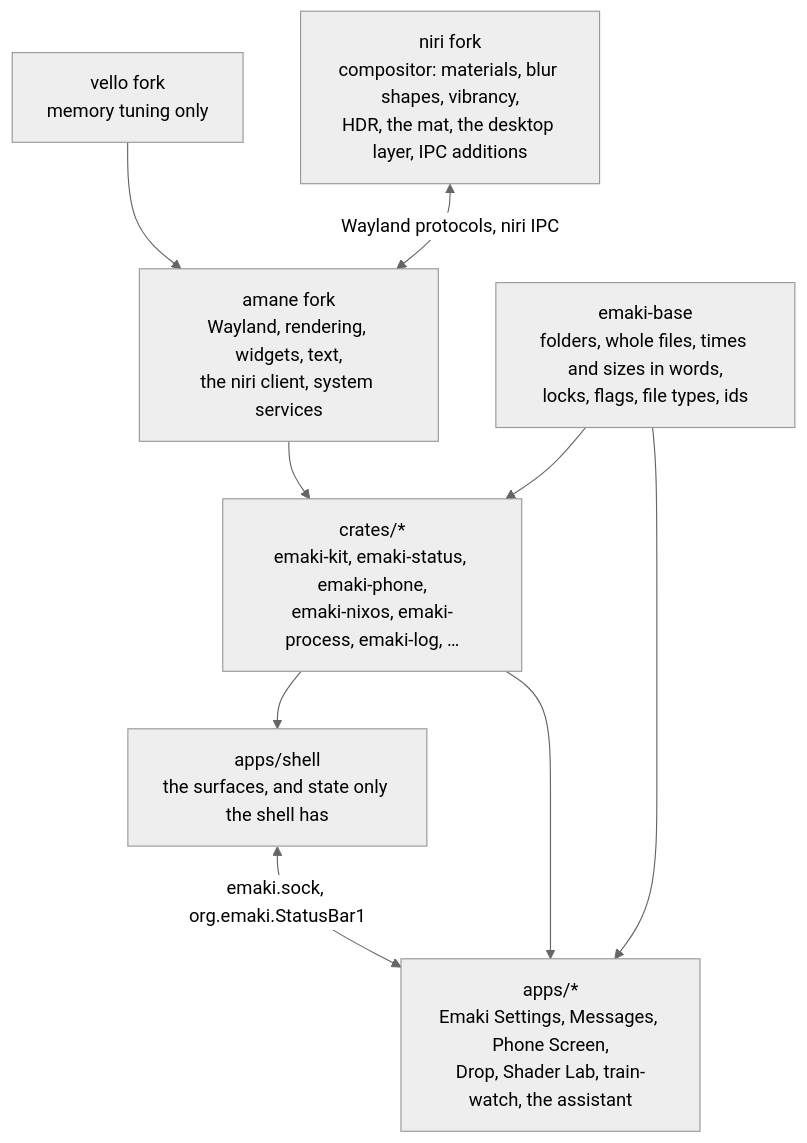
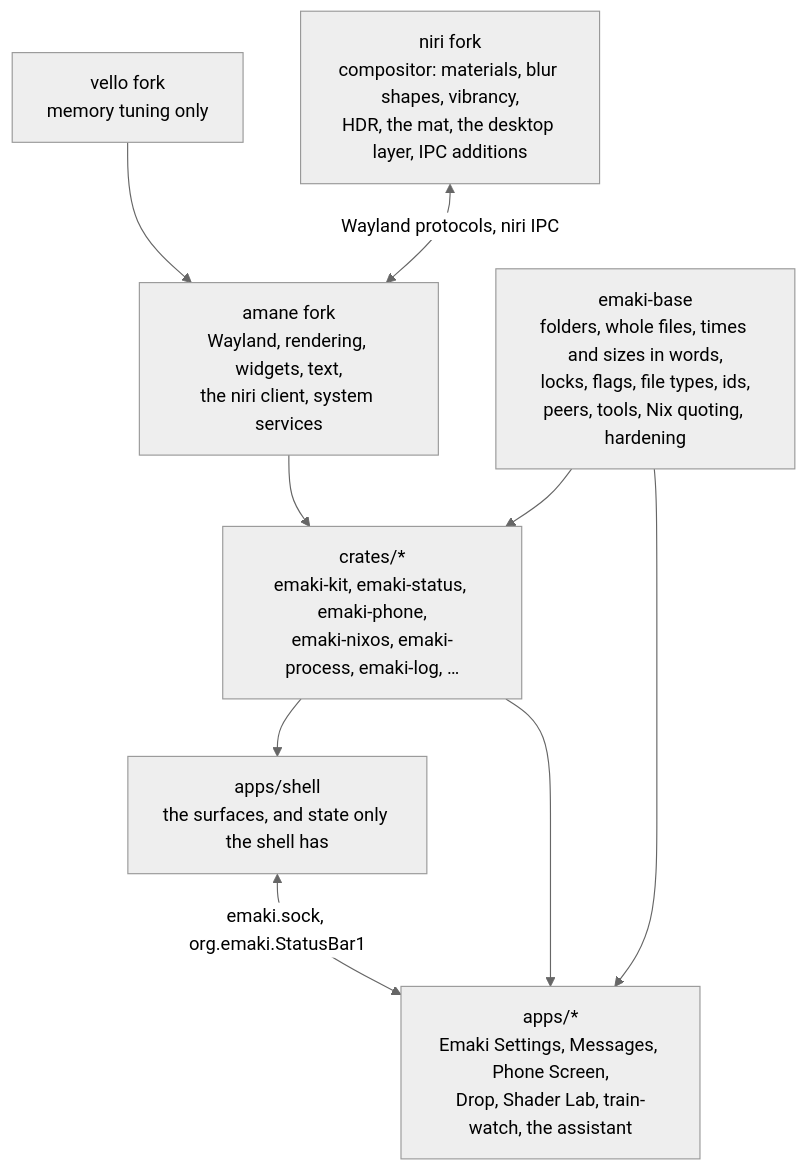
Before and after one commit to 098765434/amane-shell: the first of 3 diagrams in docs/developer/architecture.md, drawn with Mermaid (neutral theme). The commit also changed other lines of this file and 118 other files, not shown here.

````diff
--- a/docs/developer/architecture.md
+++ b/docs/developer/architecture.md
@@ -9,19 +9,19 @@
 ```mermaid
 flowchart TB
     niri["niri fork<br/>compositor: materials, blur shapes, vibrancy,<br/>HDR, the mat, the desktop layer, IPC additions"]
     vello["vello fork<br/>memory tuning only"]
     amane["amane fork<br/>Wayland, rendering, widgets, text,<br/>the niri client, system services"]
     crates["crates/*<br/>emaki-kit, emaki-status, emaki-phone,<br/>emaki-nixos, emaki-process, emaki-log, …"]
-    base["emaki-base<br/>folders, whole files, times and sizes in words,<br/>locks, flags, file types, ids"]
+    base["emaki-base<br/>folders, whole files, times and sizes in words,<br/>locks, flags, file types, ids,<br/>peers, tools, Nix quoting, hardening"]
     shell["apps/shell<br/>the surfaces, and state only the shell has"]
     apps["apps/*<br/>Emaki Settings, Messages, Phone Screen,<br/>Drop, Shader Lab, train-watch, the assistant"]
 
     vello --> amane
     amane --> crates
     base --> crates
     base --> apps
     crates --> shell
     crates --> apps
     niri <-->|"Wayland protocols, niri IPC"| amane
     shell <-->|"emaki.sock, org.emaki.StatusBar1"| apps
 ```
````
